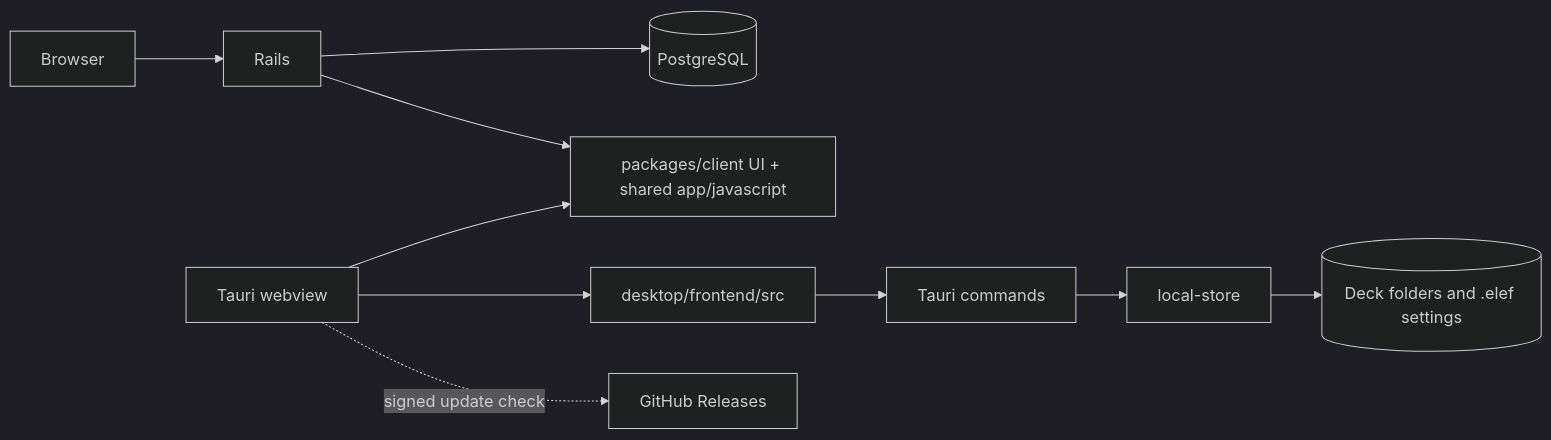
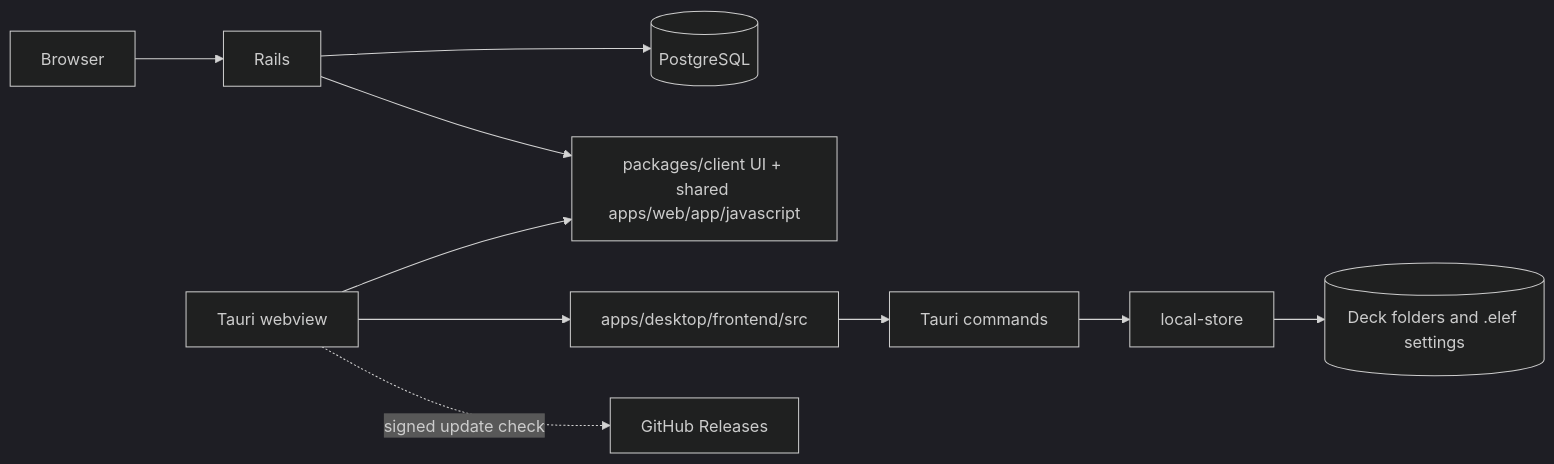
The diagram in docs/architecture.md (Hansespinosa2/elef), drawn with Mermaid (dark theme) before and after one commit. The commit also changed other lines of this file and 9 other files, not shown here.

```diff
--- a/docs/architecture.md
+++ b/docs/architecture.md
@@ -7,12 +7,12 @@
 ~~~mermaid
 flowchart LR
     Browser --> Rails
     Rails --> PG[(PostgreSQL)]
-    Rails --> Shared[packages/client UI + shared app/javascript]
+    Rails --> Shared[packages/client UI + shared apps/web/app/javascript]
     Tauri[Tauri webview] --> Shared
-    Tauri --> Adapter[desktop/frontend/src]
+    Tauri --> Adapter[apps/desktop/frontend/src]
     Adapter --> Commands[Tauri commands]
     Commands --> Core[local-store]
     Core --> Files[(Deck folders and .elef settings)]
     Tauri -. signed update check .-> Releases[GitHub Releases]
 ~~~
```
